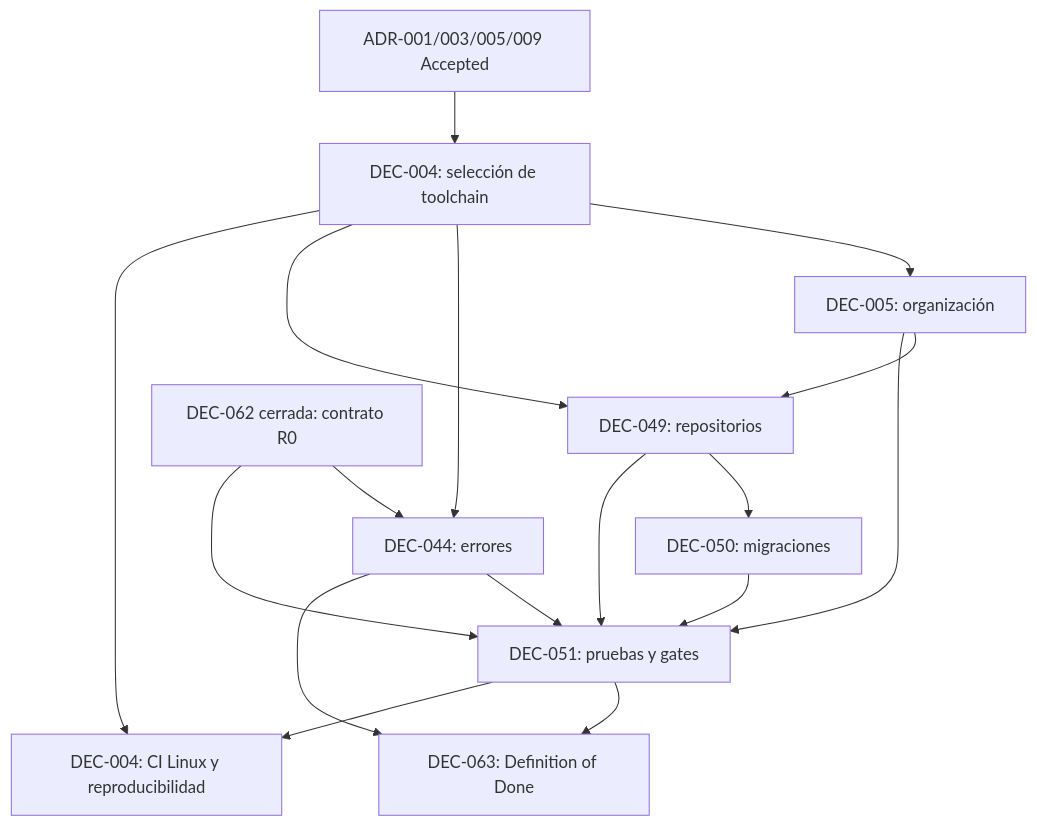
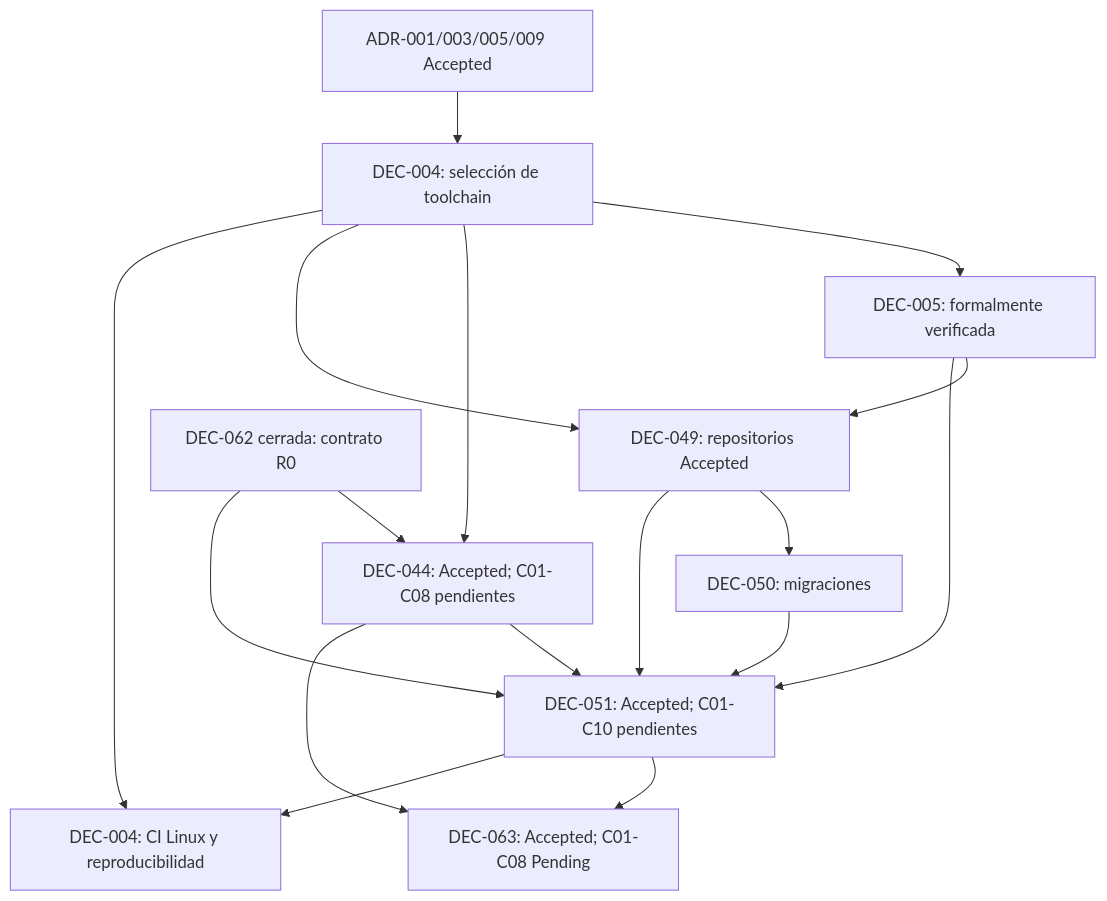
The diagram in docs/architecture-readiness/dec-004-governance-unblocking/DEPENDENCY_MAP.md (luisgtzaviles/SrTaller-2.0), drawn with Mermaid before and after one commit. The commit also changed other lines of this file and 154 other files, not shown here.

First line of the commit message:
chore: consolidate Sprint 00 architecture and verification gates (#1)

````diff
--- a/docs/architecture-readiness/dec-004-governance-unblocking/DEPENDENCY_MAP.md
+++ b/docs/architecture-readiness/dec-004-governance-unblocking/DEPENDENCY_MAP.md
@@ -58,19 +58,19 @@
 ```mermaid
 flowchart TD
     A1[ADR-001/003/005/009 Accepted] --> D4S[DEC-004: selección de toolchain]
-    D4S --> D5[DEC-005: organización]
-    D4S --> D44[DEC-044: errores]
-    D4S --> D49[DEC-049: repositorios]
+    D4S --> D5[DEC-005: formalmente verificada]
+    D4S --> D44[DEC-044: Accepted; C01-C08 pendientes]
+    D4S --> D49[DEC-049: repositorios Accepted]
     D5 --> D49
-    D5 --> D51[DEC-051: pruebas y gates]
+    D5 --> D51[DEC-051: Accepted; C01-C10 pendientes]
     D49 --> D50[DEC-050: migraciones]
     D49 --> D51
     D44 --> D51
     D50 --> D51
     R0[DEC-062 cerrada: contrato R0] --> D44
     R0 --> D51
-    D44 --> D63[DEC-063: Definition of Done]
+    D44 --> D63[DEC-063: Accepted; C01-C08 Pending]
     D51 --> D63
     D51 --> D4E[DEC-004: CI Linux y reproducibilidad]
     D4S --> D4E
 ```
````
